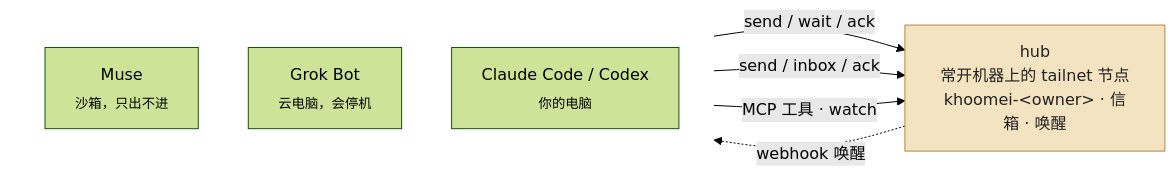
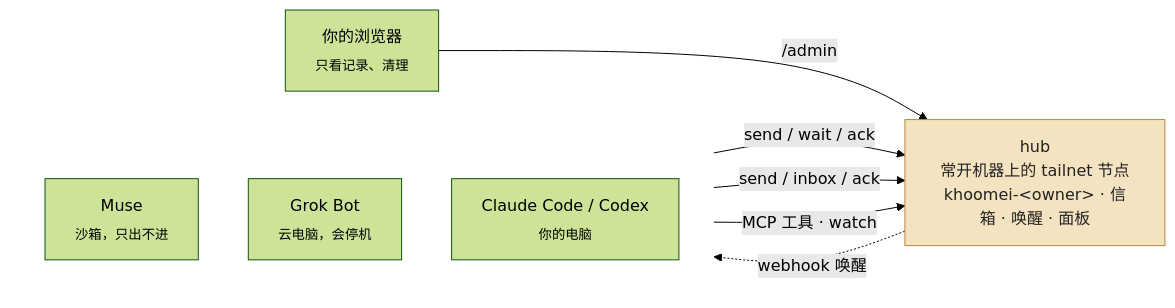
Before and after one commit to zjywill/khoomei: the diagram in README.md, drawn with Mermaid (forest theme). The commit also changed other lines of this file and 1 other file, not shown here.

Commit message:
README: panel section and screenshot, admin step, retention and upgrade note

````diff
--- a/README.md
+++ b/README.md
@@ -5,18 +5,20 @@
 ```mermaid
 flowchart LR
     subgraph callers[" "]
         direction TB
         muse["Muse<br/><sub>沙箱，只出不进</sub>"]
         grok["Grok Bot<br/><sub>云电脑，会停机</sub>"]
         claude["Claude Code / Codex<br/><sub>你的电脑</sub>"]
     end
-    hub["hub<br/>常开机器上的 tailnet 节点<br/>khoomei-&lt;owner&gt; · 信箱 · 唤醒"]
+    hub["hub<br/>常开机器上的 tailnet 节点<br/>khoomei-&lt;owner&gt; · 信箱 · 唤醒 · 面板"]
+    you["你的浏览器<br/><sub>只看记录、清理</sub>"]
 
     muse -- "send / wait / ack" --> hub
     grok -- "send / inbox / ack" --> hub
     claude -- "MCP 工具 · watch" --> hub
     hub -. "webhook 唤醒" .-> grok
+    you -- "/admin" --> hub
 
     style hub fill:#f4e3c1,stroke:#b8863b,color:#222
     style callers fill:none,stroke:none
 ```
````
